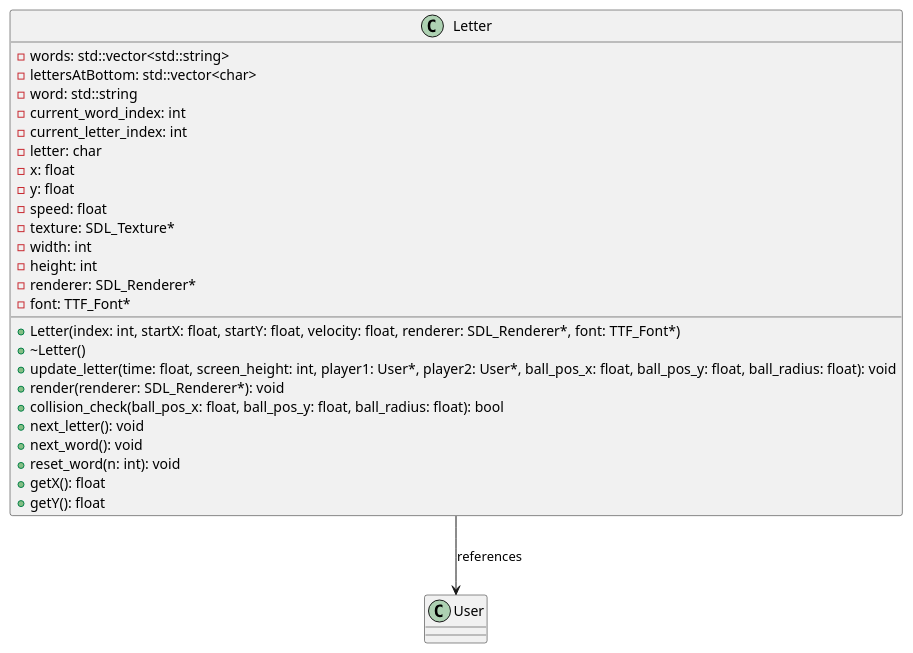
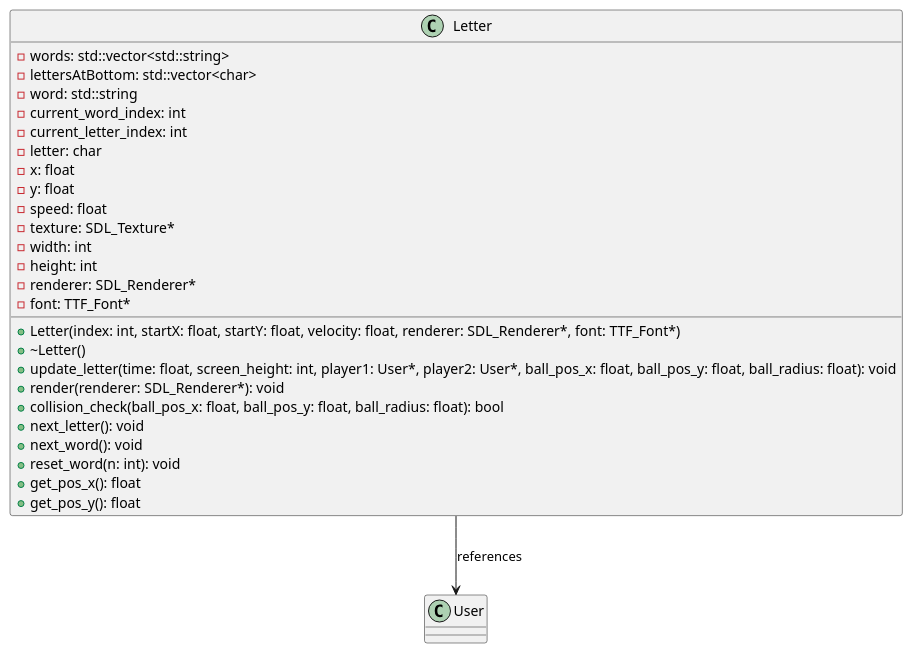
Before and after one commit to vskarleas/ROB4-S8-Cpp_Project: the diagram in UML Diagrams/uml/letter.plantuml, drawn with PlantUML. The commit also changed 96 other files, not shown here.

```diff
--- a/UML Diagrams/uml/letter.plantuml
+++ b/UML Diagrams/uml/letter.plantuml
@@ -1,36 +1,36 @@
 @startuml Letter Class
 
 class Letter {
   -words: std::vector<std::string>
   -lettersAtBottom: std::vector<char>
   -word: std::string
   -current_word_index: int
   -current_letter_index: int
   -letter: char
   -x: float
   -y: float
   -speed: float
   -texture: SDL_Texture*
   -width: int
   -height: int
   -renderer: SDL_Renderer*
   -font: TTF_Font*
 
   +Letter(index: int, startX: float, startY: float, velocity: float, renderer: SDL_Renderer*, font: TTF_Font*)
   +~Letter()
   +update_letter(time: float, screen_height: int, player1: User*, player2: User*, ball_pos_x: float, ball_pos_y: float, ball_radius: float): void
   +render(renderer: SDL_Renderer*): void
   +collision_check(ball_pos_x: float, ball_pos_y: float, ball_radius: float): bool
   +next_letter(): void
   +next_word(): void
   +reset_word(n: int): void
-  +getX(): float
-  +getY(): float
+  +get_pos_x(): float
+  +get_pos_y(): float
 }
 
 class User {
 }
 
 Letter --> User: references
 
 @enduml
```
